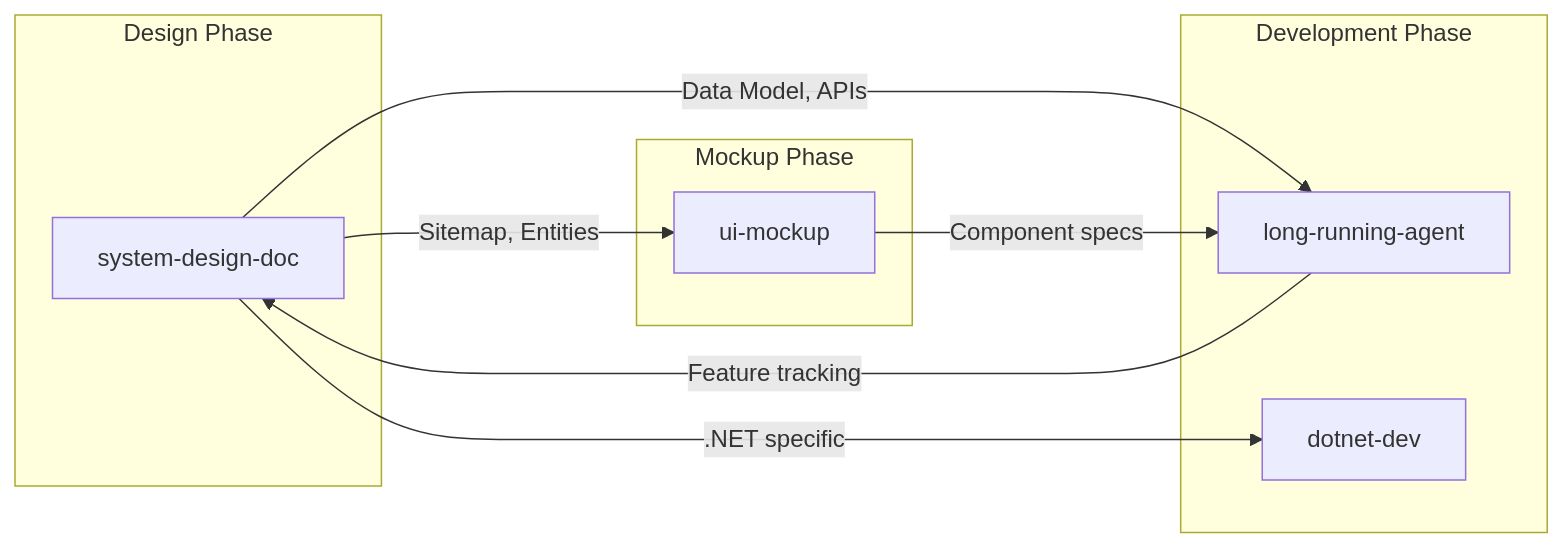
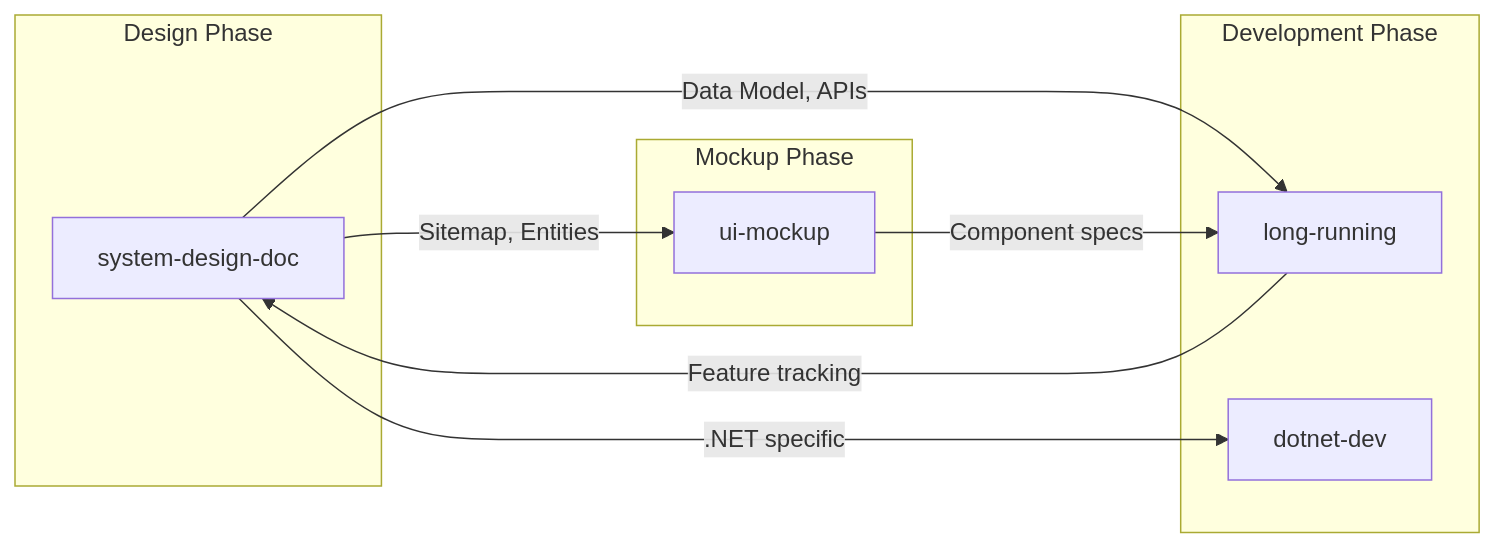
One commit to mounchons/AgentMarketPlace changed the fourth of 4 diagrams in plugins/system-design-doc/skills/system-design-doc/SKILL.md. Above: the diagram before and after it, drawn with Mermaid. The commit also changed other lines of this file and 38 other files, not shown here.

First line of the commit message:
refactor: rename long-running-agent → long-running, simplify command names

````diff
--- a/plugins/system-design-doc/skills/system-design-doc/SKILL.md
+++ b/plugins/system-design-doc/skills/system-design-doc/SKILL.md
@@ -122,21 +122,21 @@
 ```mermaid
 flowchart LR
     subgraph DesignPhase["Design Phase"]
         SD[system-design-doc]
     end
 
     subgraph MockupPhase["Mockup Phase"]
         UM[ui-mockup]
     end
 
     subgraph DevPhase["Development Phase"]
-        LR[long-running-agent]
+        LR[long-running]
         DN[dotnet-dev]
     end
 
     SD -->|Sitemap, Entities| UM
     SD -->|Data Model, APIs| LR
     UM -->|Component specs| LR
     SD -->|.NET specific| DN
     LR -->|Feature tracking| SD
 ```
````
